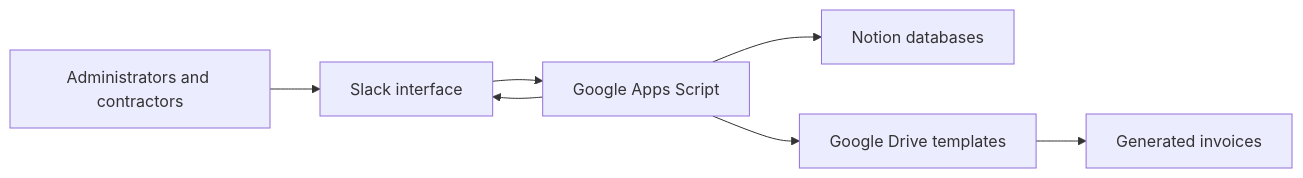
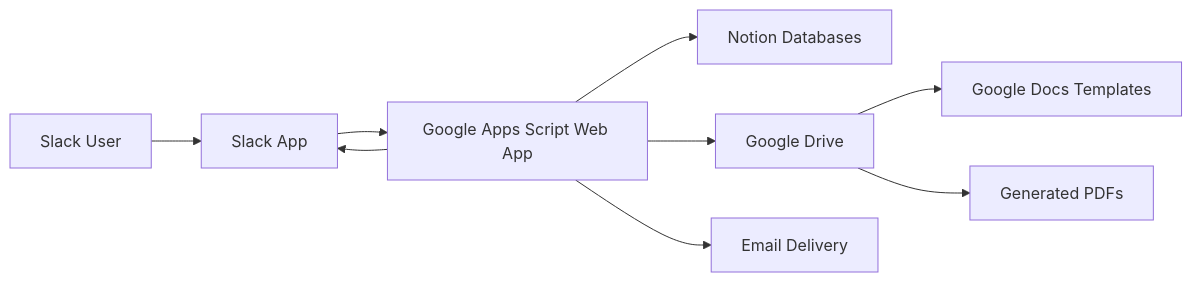
The diagram in README.md (maitekenupp/google-apps-script-slack-bot), drawn with Mermaid before and after one commit. The commit also changed other lines of this file and 3 other files, not shown here.

````diff
--- a/README.md
+++ b/README.md
@@ -70,9 +197,11 @@
 ```mermaid
 flowchart LR
-    A[Administrators and contractors] --> B[Slack interface]
-    B --> C[Google Apps Script]
-    C --> D[Notion databases]
-    C --> E[Google Drive templates]
-    E --> F[Generated invoices]
+    A[Slack User] --> B[Slack App]
+    B --> C[Google Apps Script Web App]
+    C --> D[Notion Databases]
+    C --> E[Google Drive]
+    E --> F[Google Docs Templates]
+    E --> G[Generated PDFs]
+    C --> H[Email Delivery]
     C --> B
 ```
````
